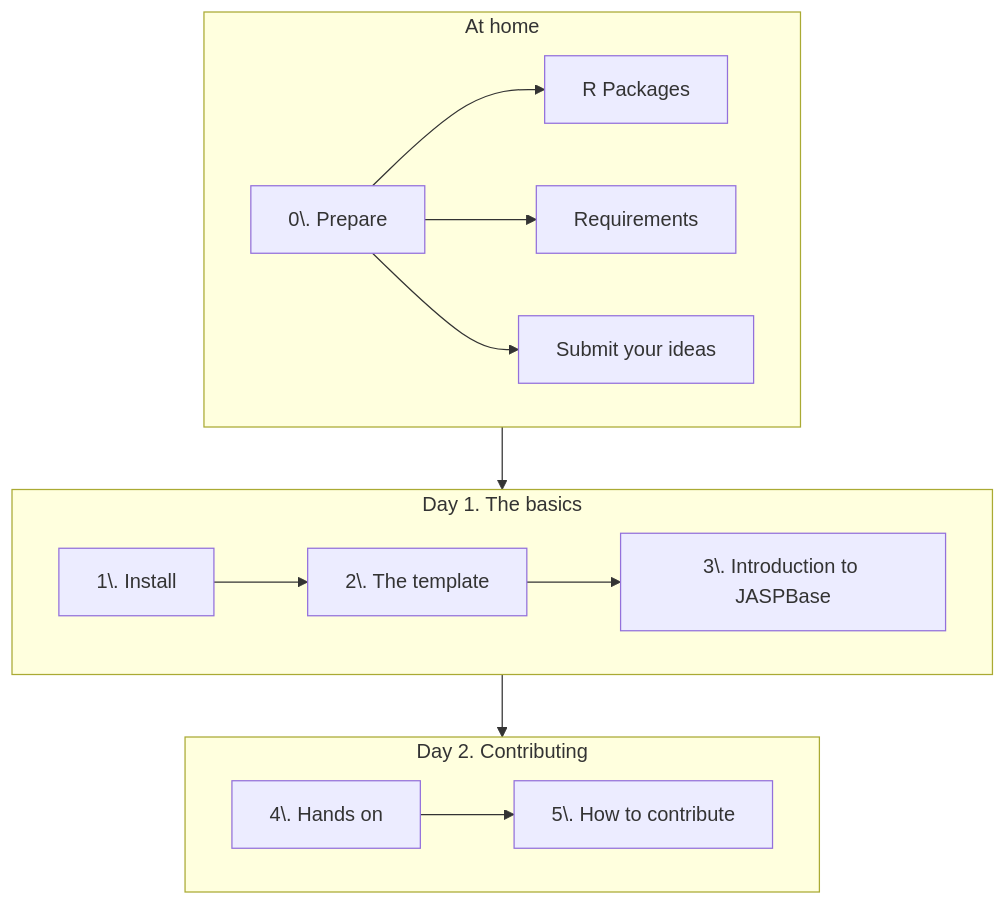
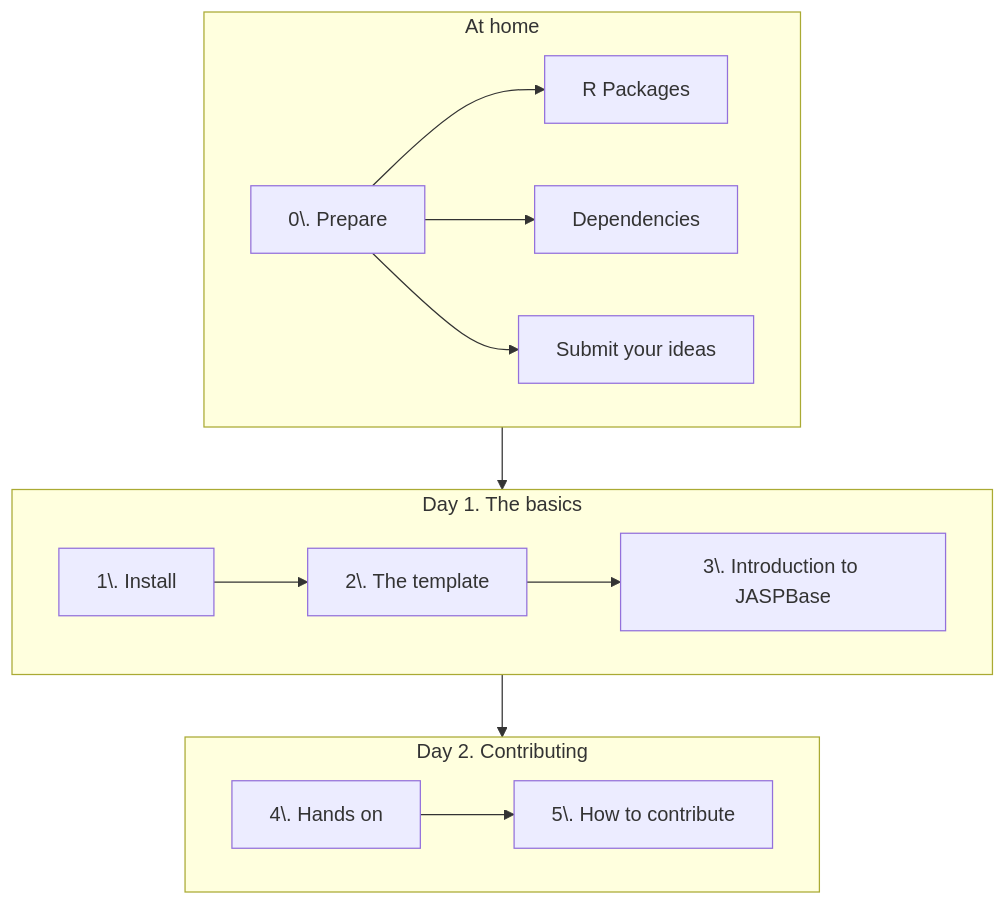
Before and after one commit to jasp-escience/hackathon-planning: the diagram in README.md, drawn with Mermaid. The commit also changed other lines of this file, not shown here.

````diff
--- a/README.md
+++ b/README.md
@@ -2,18 +2,18 @@
 ```mermaid
 graph TD
 subgraph Home["At home"]
-Prepare["0\. Prepare"] --> R["R Packages"] & Requirements & Submit["Submit your ideas"]
+Prepare["0\. Prepare"] --> R["R Packages"] & Dependencies & Submit["Submit your ideas"]
 end
 
 subgraph Day1["Day 1. The basics"]
 Install["1\. Install"] --> 
 Template["2\. The template"] -->
 JASPBase["3\. Introduction to JASPBase"]
 end
 subgraph Day2["Day 2. Contributing"]
 HandsOn["4\. Hands on"] -->
 Contribute["5\. How to contribute"]
 end
 
 Home --> Day1 --> Day2
 ```
````
